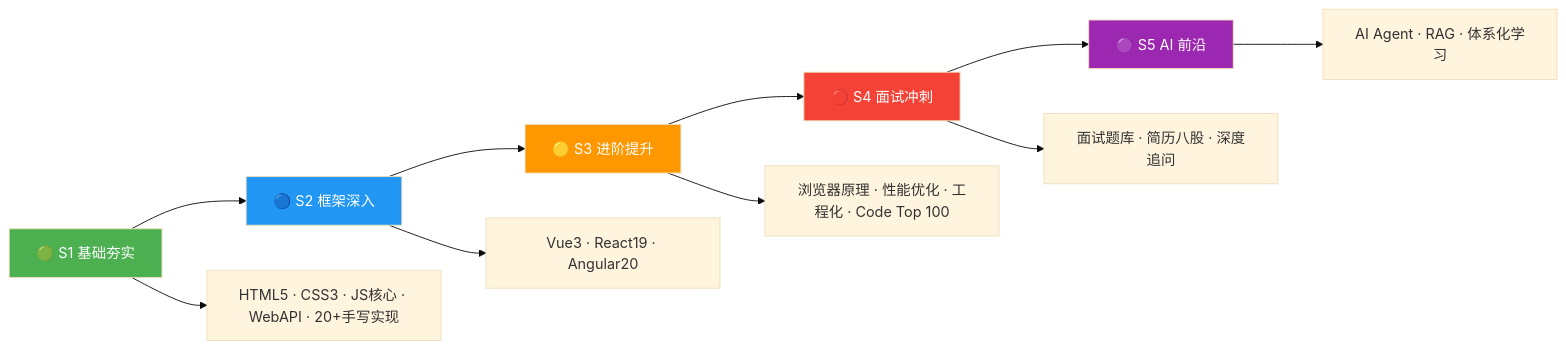
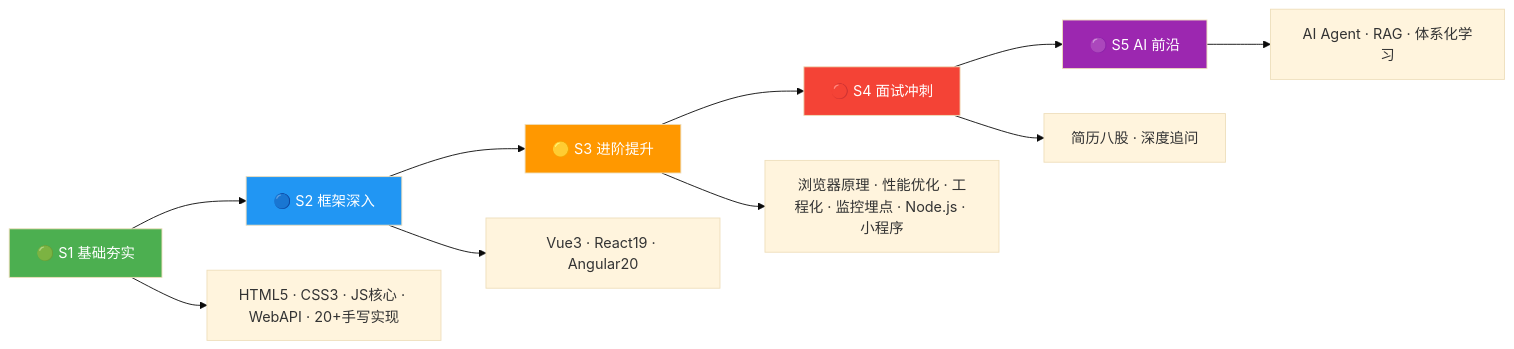
Before and after one commit to KMaybe01/common: the diagram in README.md, drawn with Mermaid (base theme). The commit also changed other lines of this file and 13 other files, not shown here.

````diff
--- a/README.md
+++ b/README.md
@@ -18,17 +18,17 @@
 ```mermaid
 graph LR
     S1["🟢 S1 基础夯实"] --> S2["🔵 S2 框架深入"]
     S2 --> S3["🟡 S3 进阶提升"]
     S3 --> S4["🔴 S4 面试冲刺"]
     S4 --> S5["🟣 S5 AI 前沿"]
     S1 --> A["HTML5 · CSS3 · JS核心 · WebAPI · 20+手写实现"]
     S2 --> B["Vue3 · React19 · Angular20"]
-    S3 --> C["浏览器原理 · 性能优化 · 工程化 · Code Top 100"]
-    S4 --> D["面试题库 · 简历八股 · 深度追问"]
+    S3 --> C["浏览器原理 · 性能优化 · 工程化 · 监控埋点 · Node.js · 小程序"]
+    S4 --> D["简历八股 · 深度追问"]
     S5 --> E["AI Agent · RAG · 体系化学习"]
     style S1 fill:#4caf50,color:#fff
     style S2 fill:#2196f3,color:#fff
     style S3 fill:#ff9800,color:#fff
     style S4 fill:#f44336,color:#fff
     style S5 fill:#9c27b0,color:#fff
 ```
````
